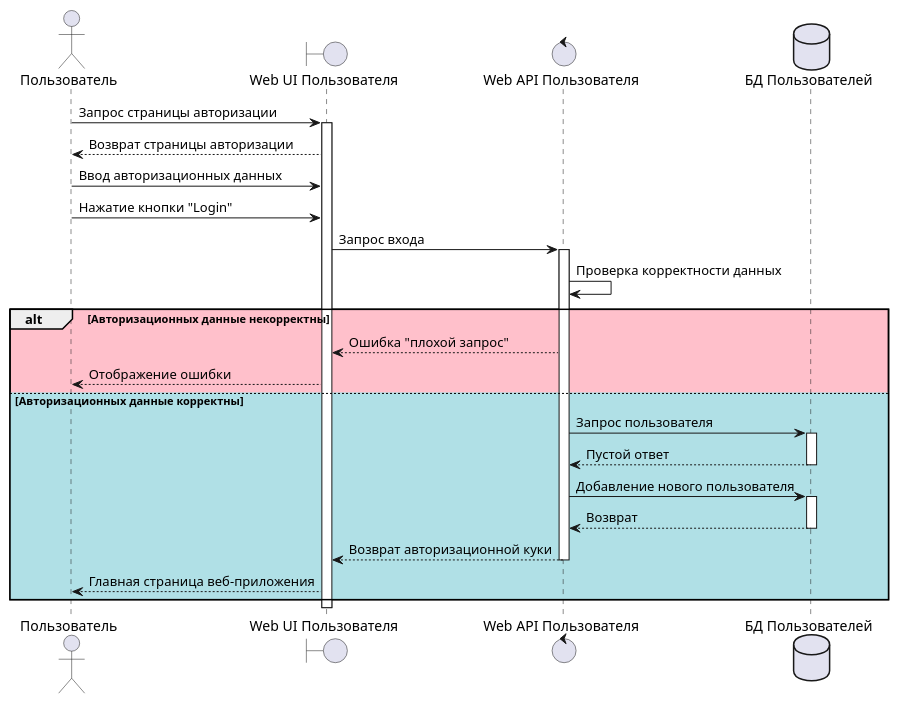
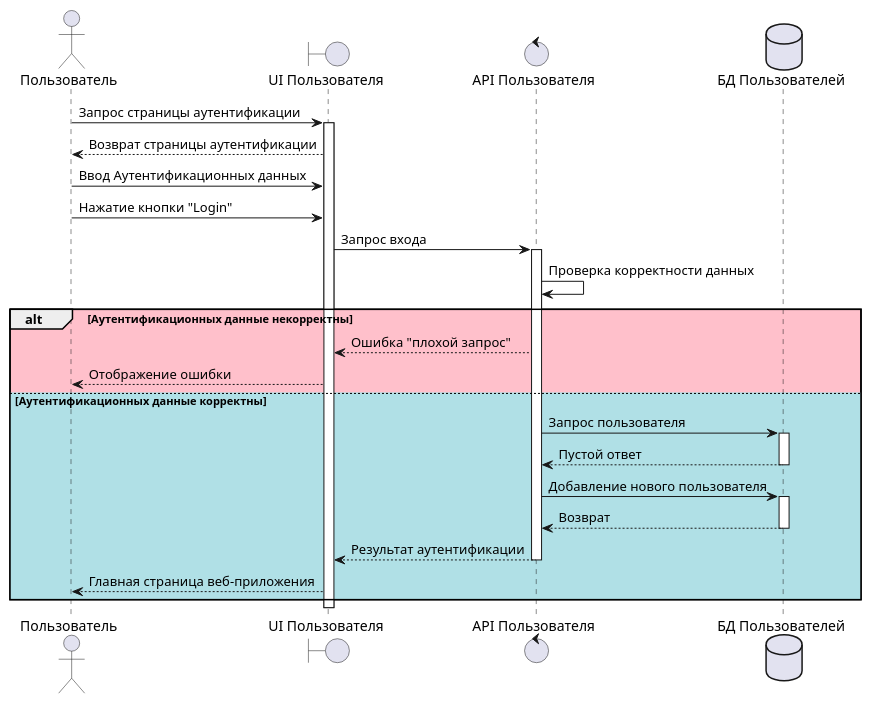
One commit to mrypdm/JobSystem changed the first of 5 diagrams in docs/diagrams/sequence/User.WebApp.puml. Above: the diagram before and after it, drawn with PlantUML. The commit also changed other lines of this file and 7 other files, not shown here.

Commit message:
diagrams fixes

```diff
--- a/docs/diagrams/sequence/User.WebApp.puml
+++ b/docs/diagrams/sequence/User.WebApp.puml
@@ -1,31 +1,31 @@
 @startuml User sign up
 
 actor Пользователь as USER
-boundary "Web UI Пользователя" as UI
-control "Web API Пользователя" as API
+boundary "UI Пользователя" as UI
+control "API Пользователя" as API
 database "БД Пользователей" as DB
 
-USER -> UI++: Запрос страницы авторизации
-UI --> USER: Возврат страницы авторизации
-USER -> UI: Ввод авторизационных данных
+USER -> UI++: Запрос страницы аутентификации
+UI --> USER: Возврат страницы аутентификации
+USER -> UI: Ввод Аутентификационных данных
 USER -> UI: Нажатие кнопки "Login"
 UI -> API++: Запрос входа
 API -> API: Проверка корректности данных
 
-alt #Pink Авторизационных данные некорректны
+alt #Pink Аутентификационных данные некорректны
 
     API --> UI: Ошибка "плохой запрос"
     UI --> USER: Отображение ошибки
 
-else #PowderBlue  Авторизационных данные корректны
+else #PowderBlue  Аутентификационных данные корректны
 
     API -> DB++: Запрос пользователя
     DB --> API--: Пустой ответ
     API -> DB++: Добавление нового пользователя
     DB --> API--: Возврат
-    API --> UI--: Возврат авторизационной куки
+    API --> UI--: Результат аутентификации
     UI --> USER: Главная страница веб-приложения
 
 end
 
 @enduml
```
